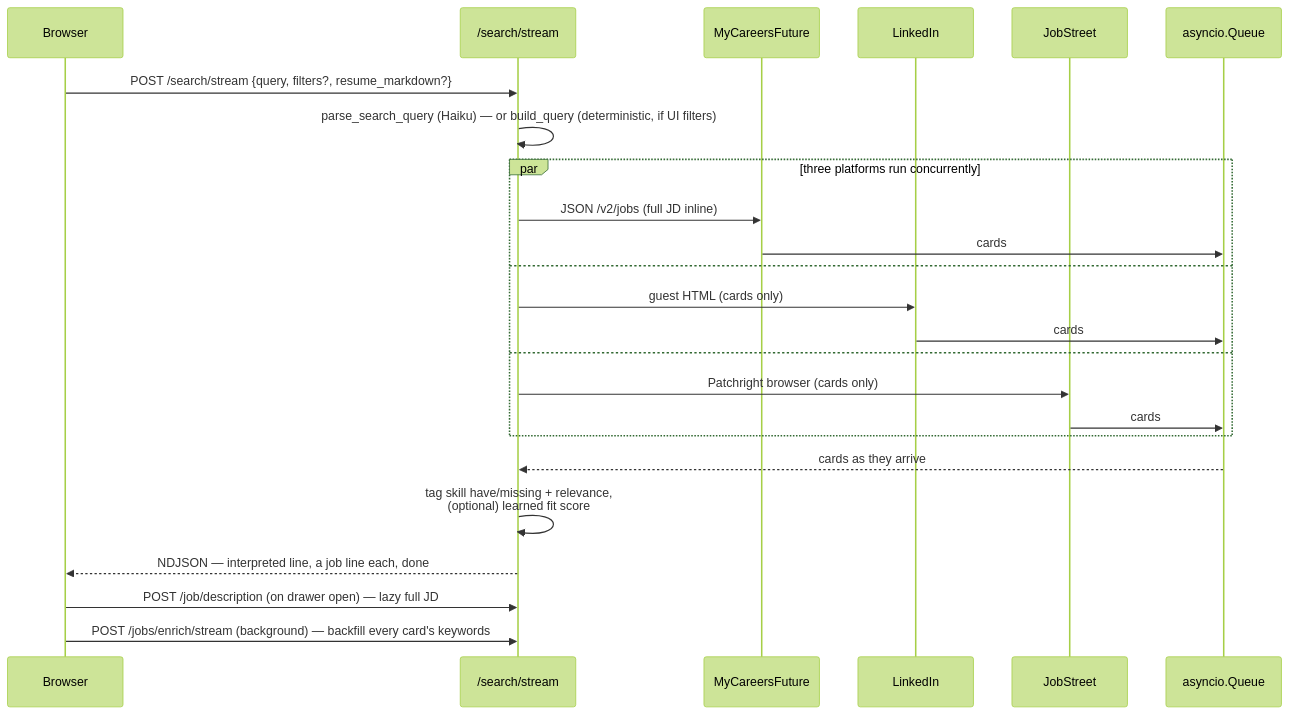
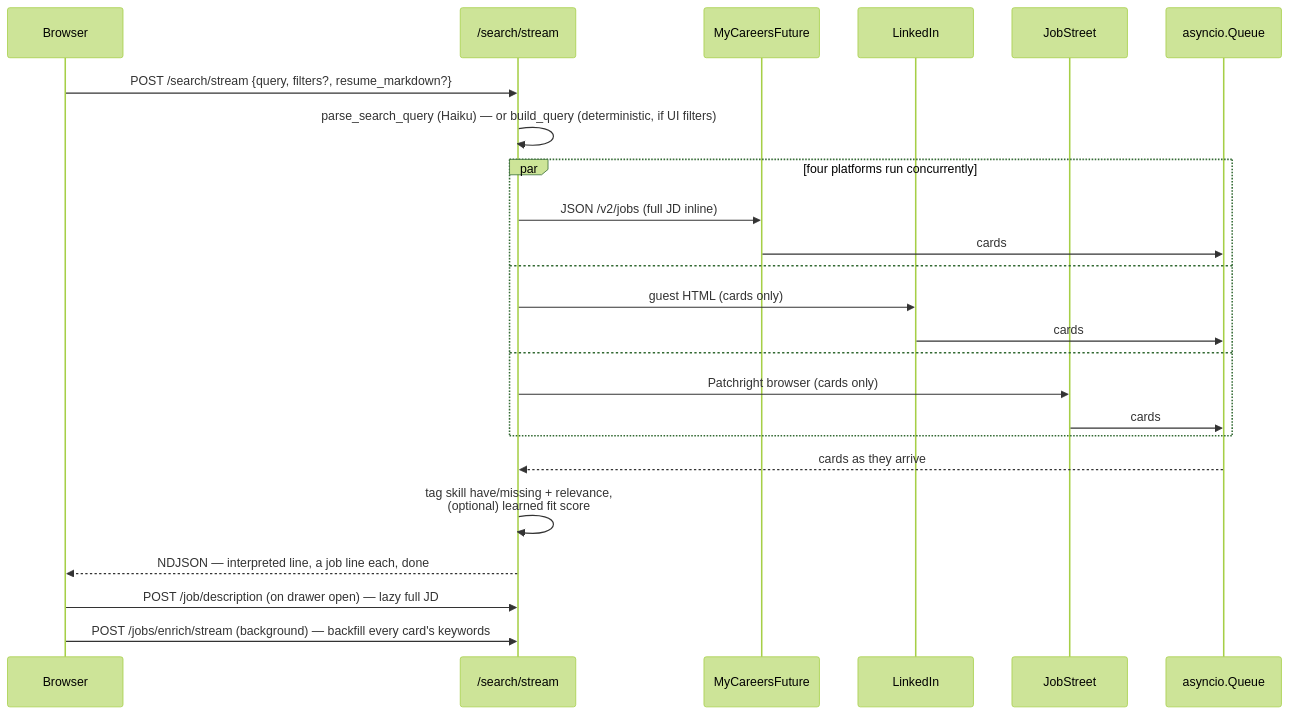
Before and after one commit to darinatic/JobAssistant: the sixth of 10 diagrams in ARCHITECTURE.md, drawn with Mermaid (forest theme). The commit also changed other lines of this file and 7 other files, not shown here.

````diff
--- a/ARCHITECTURE.md
+++ b/ARCHITECTURE.md
@@ -179,27 +179,27 @@
 ```mermaid
 sequenceDiagram
     participant B as Browser
     participant API as /search/stream
     participant MCF as MyCareersFuture
     participant LI as LinkedIn
     participant JS as JobStreet
     participant Q as asyncio.Queue
 
     B->>API: POST /search/stream {query, filters?, resume_markdown?}
     API->>API: parse_search_query (Haiku) — or build_query (deterministic, if UI filters)
-    par three platforms run concurrently
+    par four platforms run concurrently
         API->>MCF: JSON /v2/jobs (full JD inline)
         MCF->>Q: cards
     and
         API->>LI: guest HTML (cards only)
         LI->>Q: cards
     and
         API->>JS: Patchright browser (cards only)
         JS->>Q: cards
     end
     Q-->>API: cards as they arrive
     API->>API: tag skill have/missing + relevance,<br/>(optional) learned fit score
     API-->>B: NDJSON — interpreted line, a job line each, done
     B->>API: POST /job/description (on drawer open) — lazy full JD
     B->>API: POST /jobs/enrich/stream (background) — backfill every card's keywords
 ```
````
